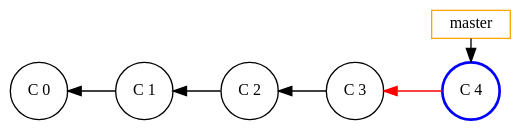
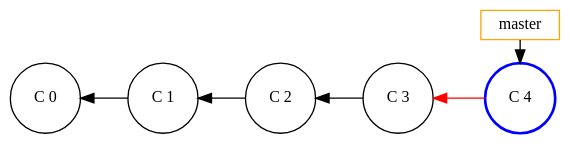
Before and after one commit to Gepardec/git-training: the diagram in slides/intro/src/docs/asciidoc/graphviz/git-fast-fwd-2.dot, drawn with Graphviz. The commit also changed 15 other files, not shown here.

```diff
--- a/slides/intro/src/docs/asciidoc/graphviz/git-fast-fwd-2.dot
+++ b/slides/intro/src/docs/asciidoc/graphviz/git-fast-fwd-2.dot
@@ -1,30 +1,30 @@
 digraph git_merge_fast_fwd {
     splines=line
     rankdir=LR
     bgcolor=transparent
 
-    node[width=0.2,height=0.2, shape=rect,fontsize=12.0, style="", color=orange]
-    edge[weight=2,dir=back, style=""]
+    node[height=0.3, shape=rect,fontsize=12.0, style="", color=orange]
+    edge[dir=back, style=""]
     master [label="master"]
 
-    node[width=0.6,height=0.6, shape=circle,fontsize=12.0, style="", color=""]
-    edge[weight=2,dir=back, style=""]
+    node[shape=circle,fontsize=12.0, style="", color=""]
+    edge[dir=back, style=""]
 
     c_0 [label="C 0", group=master]
     c_1 [label="C 1", group=master]
     c_2 [label="C 2", group=master]
     c_3 [label="C 3", group=master]
 
     /* Marked nodes */
-    node[shape=ellipse, color=blue, style=bold]
+    node[shape=circle, color=blue, style=bold]
     c_4 [label="C 4", group=master]
 
     edge[style=""]
     c_0 -> c_1 -> c_2
     c_2 -> c_3
     master -> c_4 [dir=""]
     edge[color=red]
     c_3 -> c_4
 
     {rank=same; c_4 master}
 }
```
